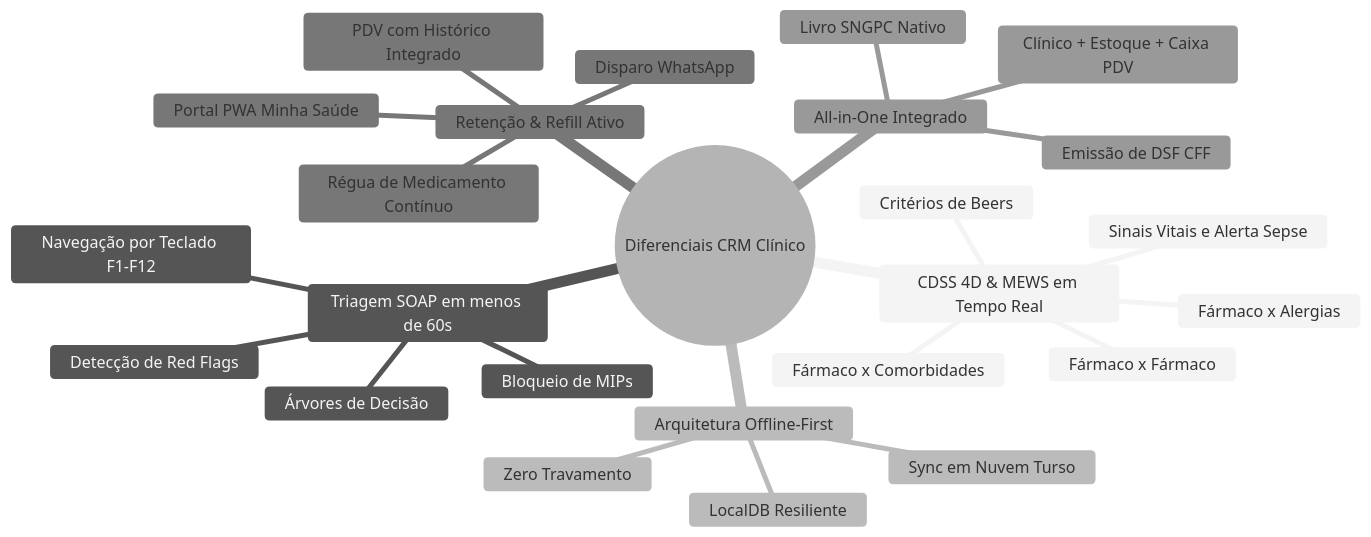
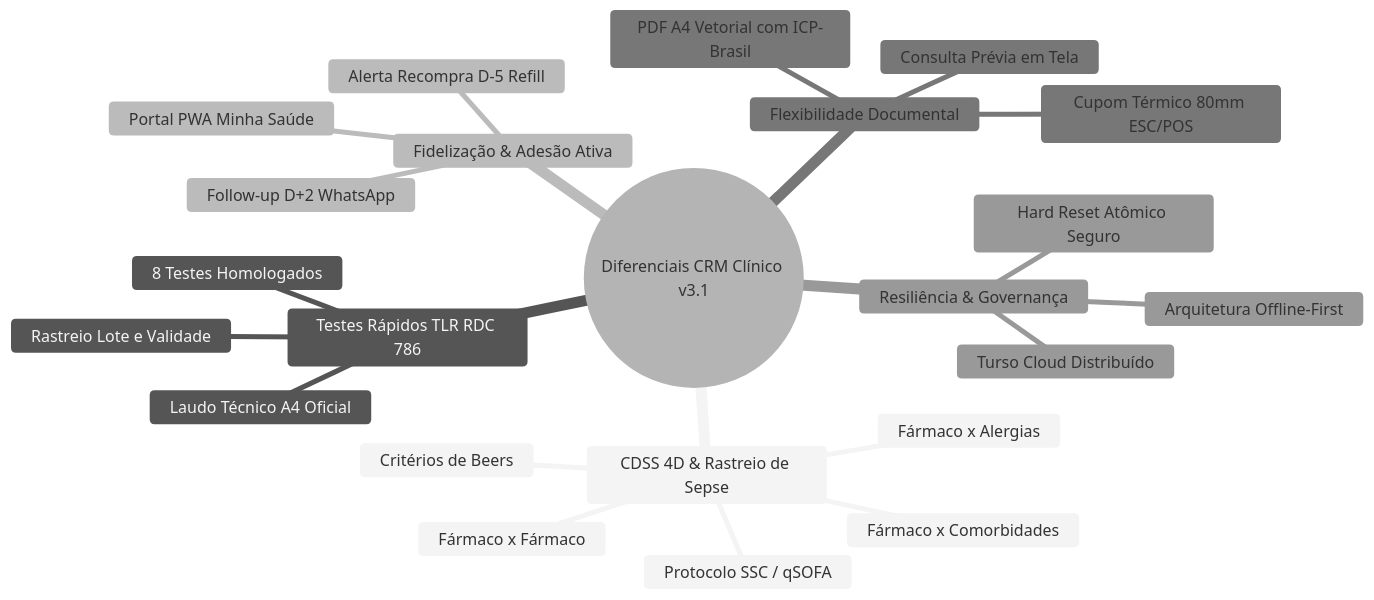
The second of 3 diagrams in DOCUMENTO_TECNICO_PROPOSTA_NEGOCIO.md (Mazzarowysk/crm-clinico-farmaceutic), drawn with Mermaid (neutral theme) before and after one commit. The commit also changed other lines of this file and 2 other files, not shown here.

Commit message:
docs: proposta tecnica e diretrizes de negocio v6 atualizada para versao 3.1.0 com modulos clinicos, tlr rdc 786 e capturas ilustradas

````diff
--- a/DOCUMENTO_TECNICO_PROPOSTA_NEGOCIO.md
+++ b/DOCUMENTO_TECNICO_PROPOSTA_NEGOCIO.md
@@ -345,28 +261,26 @@
 ```mermaid
 mindmap
-  root((Diferenciais CRM Clínico))
-    CDSS 4D & MEWS em Tempo Real
+  root((Diferenciais CRM Clínico v3.1))
+    CDSS 4D & Rastreio de Sepse
       Fármaco x Fármaco
       Fármaco x Alergias
       Fármaco x Comorbidades
       Critérios de Beers
-      Sinais Vitais e Alerta Sepse
-    Triagem SOAP em menos de 60s
-      Árvores de Decisão
-      Detecção de Red Flags
-      Bloqueio de MIPs
-      Navegação por Teclado F1-F12
-    Arquitetura Offline-First
-      Zero Travamento
-      LocalDB Resiliente
-      Sync em Nuvem Turso
-    Retenção & Refill Ativo
+      Protocolo SSC / qSOFA
+    Testes Rápidos TLR RDC 786
+      8 Testes Homologados
+      Rastreio Lote e Validade
+      Laudo Técnico A4 Oficial
+    Fidelização & Adesão Ativa
+      Follow-up D+2 WhatsApp
+      Alerta Recompra D-5 Refill
       Portal PWA Minha Saúde
-      Disparo WhatsApp
-      Régua de Medicamento Contínuo
-      PDV com Histórico Integrado
-    All-in-One Integrado
-      Clínico + Estoque + Caixa PDV
-      Emissão de DSF CFF
-      Livro SNGPC Nativo
+    Flexibilidade Documental
+      Consulta Prévia em Tela
+      PDF A4 Vetorial com ICP-Brasil
+      Cupom Térmico 80mm ESC/POS
+    Resiliência & Governança
+      Arquitetura Offline-First
+      Turso Cloud Distribuído
+      Hard Reset Atômico Seguro
 ```
````
